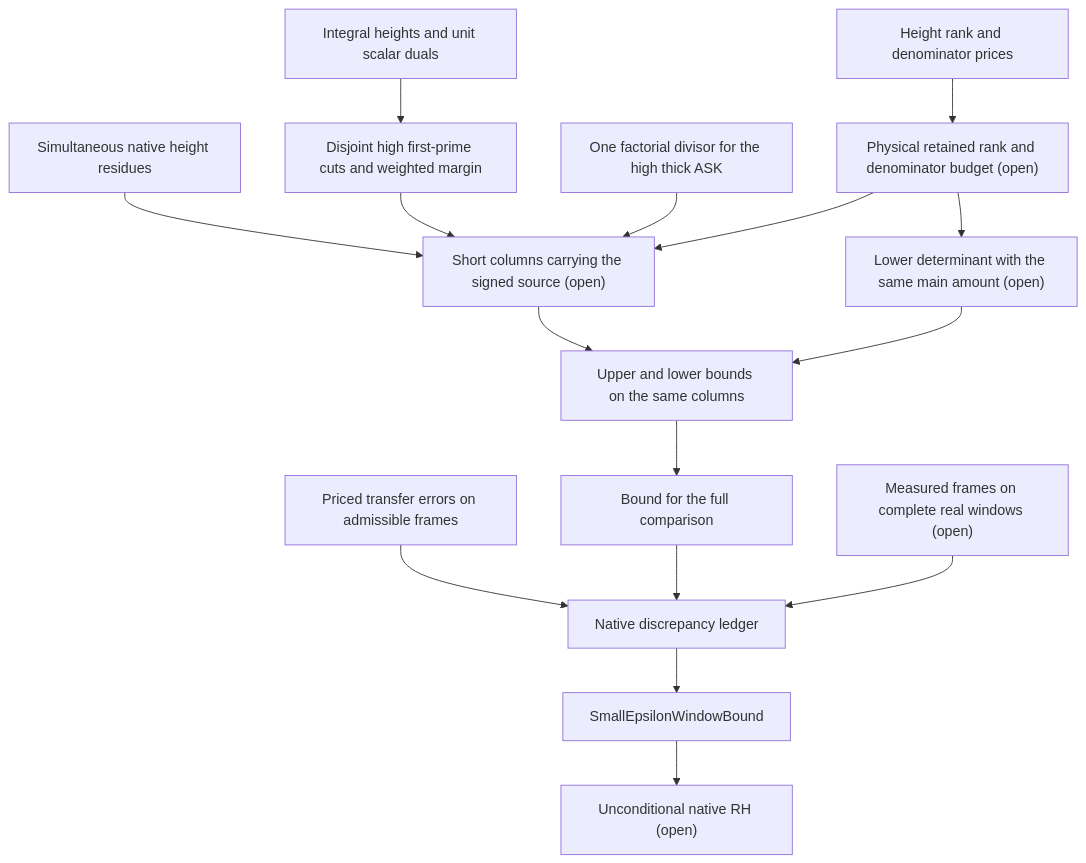
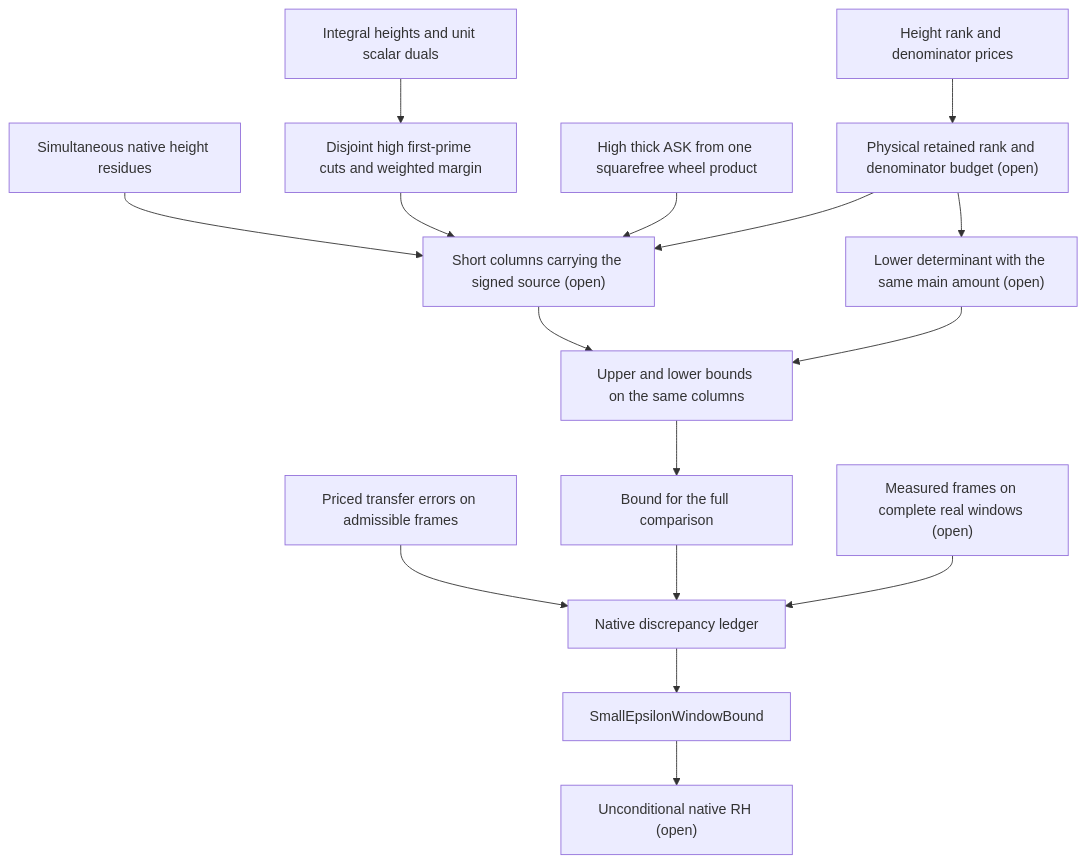
Before and after one commit to OVVO-Financial/RH_Lean: the diagram in research/NATIVE_QUANTITATIVE_DISCREPANCY_LEDGER_20261125.md, drawn with Mermaid. The commit also changed other lines of this file and 3 other files, not shown here.

Commit message:
Price every upper first-prime thick read by one polynomial-length native prime wheel

````diff
--- a/research/NATIVE_QUANTITATIVE_DISCREPANCY_LEDGER_20261125.md
+++ b/research/NATIVE_QUANTITATIVE_DISCREPANCY_LEDGER_20261125.md
@@ -396,18 +407,18 @@
 ```mermaid
 flowchart TD
     R["Simultaneous native height residues"] --> A["Short columns carrying the signed source (open)"]
     K["Height rank and denominator prices"] --> B["Physical retained rank and denominator budget (open)"]
     T["Integral heights and unit scalar duals"] --> P["Disjoint high first-prime cuts and weighted margin"]
     P --> A
-    J["One factorial divisor for the high thick ASK"] --> A
+    J["High thick ASK from one squarefree wheel product"] --> A
     B --> A
     B --> C["Lower determinant with the same main amount (open)"]
     A --> S["Upper and lower bounds on the same columns"]
     C --> S
     S --> E["Bound for the full comparison"]
     D["Priced transfer errors on admissible frames"] --> F["Native discrepancy ledger"]
     E --> F
     W["Measured frames on complete real windows (open)"] --> F
     F --> H["SmallEpsilonWindowBound"]
     H --> Z["Unconditional native RH (open)"]
 ```
````
